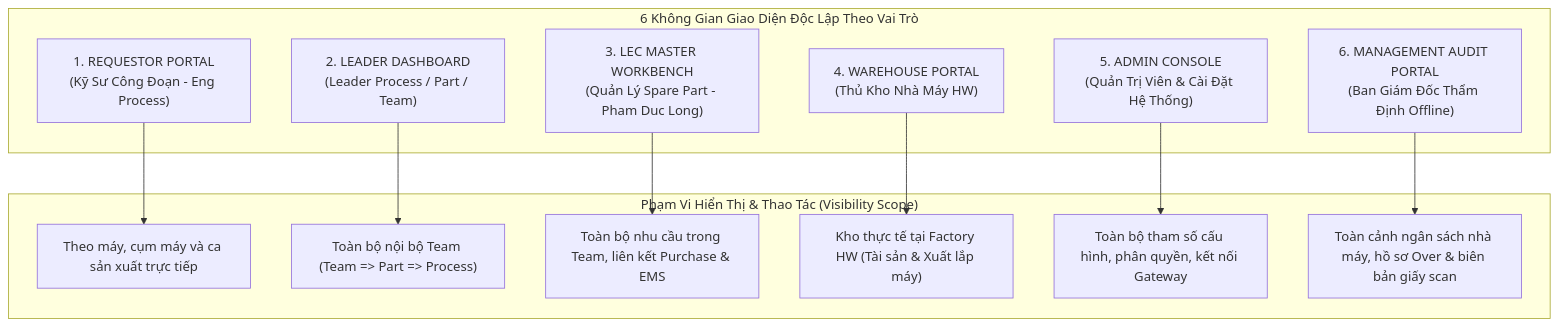
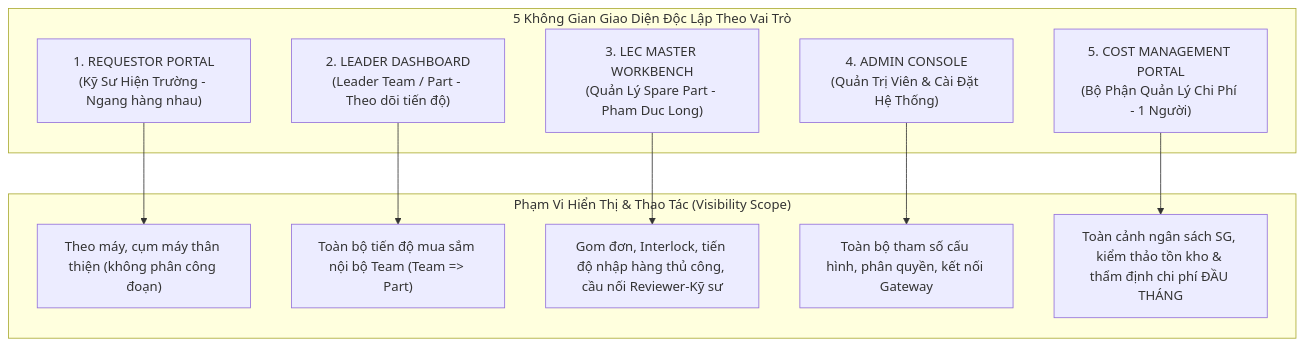
The diagram in procurement-system/05-ui-ux-screen-specifications/00-role-based-screen-matrix.md (longphamduc-vn/ops-workflow), drawn with Mermaid before and after one commit. The commit also changed other lines of this file and 37 other files, not shown here.

````diff
--- a/procurement-system/05-ui-ux-screen-specifications/00-role-based-screen-matrix.md
+++ b/procurement-system/05-ui-ux-screen-specifications/00-role-based-screen-matrix.md
@@ -10,27 +10,24 @@
 ```mermaid
 graph TD
-    subgraph Roles["6 Không Gian Giao Diện Độc Lập Theo Vai Trò"]
-        R1["1. REQUESTOR PORTAL\n(Kỹ Sư Công Đoạn - Eng Process)"]
-        R2["2. LEADER DASHBOARD\n(Leader Process / Part / Team)"]
+    subgraph Roles["5 Không Gian Giao Diện Độc Lập Theo Vai Trò"]
+        R1["1. REQUESTOR PORTAL\n(Kỹ Sư Hiện Trường - Ngang hàng nhau)"]
+        R2["2. LEADER DASHBOARD\n(Leader Team / Part - Theo dõi tiến độ)"]
         R3["3. LEC MASTER WORKBENCH\n(Quản Lý Spare Part - Pham Duc Long)"]
-        R4["4. WAREHOUSE PORTAL\n(Thủ Kho Nhà Máy HW)"]
-        R5["5. ADMIN CONSOLE\n(Quản Trị Viên & Cài Đặt Hệ Thống)"]
-        R6["6. MANAGEMENT AUDIT PORTAL\n(Ban Giám Đốc Thẩm Định Offline)"]
+        R5["4. ADMIN CONSOLE\n(Quản Trị Viên & Cài Đặt Hệ Thống)"]
+        R6["5. COST MANAGEMENT PORTAL\n(Bộ Phận Quản Lý Chi Phí - 1 Người)"]
     end
 
     subgraph Scope["Phạm Vi Hiển Thị & Thao Tác (Visibility Scope)"]
-        S_Mach["Theo máy, cụm máy và ca sản xuất trực tiếp"]
-        S_Team["Toàn bộ nội bộ Team (Team => Part => Process)"]
-        S_LEC["Toàn bộ nhu cầu trong Team, liên kết Purchase & EMS"]
-        S_WH["Kho thực tế tại Factory HW (Tài sản & Xuất lắp máy)"]
+        S_Mach["Theo máy, cụm máy thân thiện (không phân công đoạn)"]
+        S_Team["Toàn bộ tiến độ mua sắm nội bộ Team (Team => Part)"]
+        S_LEC["Gom đơn, Interlock, tiến độ nhập hàng thủ công, cầu nối Reviewer-Kỹ sư"]
         S_ADM["Toàn bộ tham số cấu hình, phân quyền, kết nối Gateway"]
-        S_MNG["Toàn cảnh ngân sách nhà máy, hồ sơ Over & biên bản giấy scan"]
+        S_CST["Toàn cảnh ngân sách SG, kiểm thảo tồn kho & thẩm định chi phí ĐẦU THÁNG"]
     end
 
     R1 --> S_Mach
     R2 --> S_Team
     R3 --> S_LEC
-    R4 --> S_WH
     R5 --> S_ADM
-    R6 --> S_MNG
+    R6 --> S_CST
 ```
````
